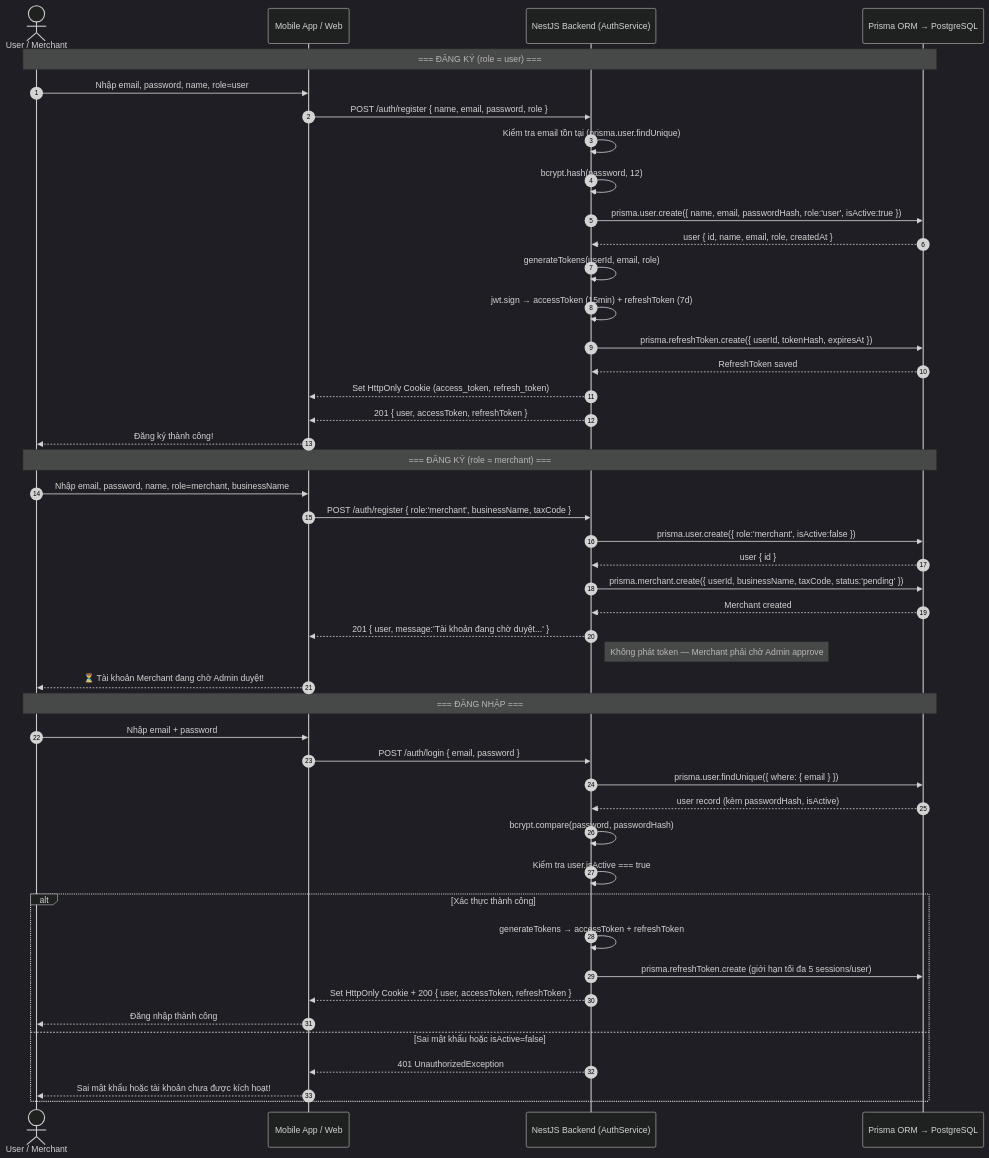
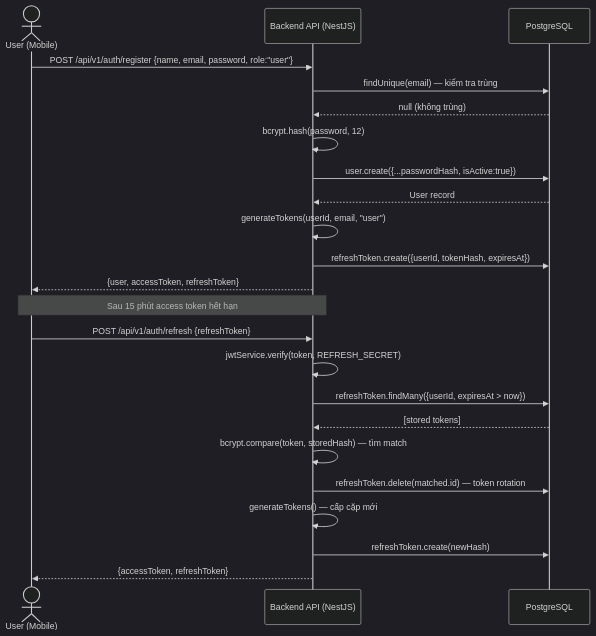
One commit to thankhanh/Seminar_sgu changed the second of 14 diagrams in docs/diagrams.md. Above: the diagram before and after it, drawn with Mermaid (dark theme). The commit also changed other lines of this file and 3 other files, not shown here.

````diff
--- a/docs/diagrams.md
+++ b/docs/diagrams.md
@@ -40,52 +220,28 @@
 ```mermaid
 sequenceDiagram
-    autonumber
-    actor U as User / Merchant
-    participant App as Mobile App / Web
-    participant API as NestJS Backend (AuthService)
-    participant DB as Prisma ORM → PostgreSQL
+    actor U as User (Mobile)
+    participant API as Backend API (NestJS)
+    participant DB as PostgreSQL
 
-    Note over U,DB: === ĐĂNG KÝ (role = user) ===
-    U->>App: Nhập email, password, name, role=user
-    App->>API: POST /auth/register { name, email, password, role }
-    API->>API: Kiểm tra email tồn tại (prisma.user.findUnique)
+    U->>API: POST /api/v1/auth/register {name, email, password, role:"user"}
+    API->>DB: findUnique(email) — kiểm tra trùng
+    DB-->>API: null (không trùng)
     API->>API: bcrypt.hash(password, 12)
-    API->>DB: prisma.user.create({ name, email, passwordHash, role:'user', isActive:true })
-    DB-->>API: user { id, name, email, role, createdAt }
-    API->>API: generateTokens(userId, email, role)
-    API->>API: jwt.sign → accessToken (15min) + refreshToken (7d)
-    API->>DB: prisma.refreshToken.create({ userId, tokenHash, expiresAt })
-    DB-->>API: RefreshToken saved
-    API-->>App: Set HttpOnly Cookie (access_token, refresh_token)
-    API-->>App: 201 { user, accessToken, refreshToken }
-    App-->>U: Đăng ký thành công!
+    API->>DB: user.create({...passwordHash, isActive:true})
+    DB-->>API: User record
+    API->>API: generateTokens(userId, email, "user")
+    API->>DB: refreshToken.create({userId, tokenHash, expiresAt})
+    API-->>U: {user, accessToken, refreshToken}
 
-    Note over U,DB: === ĐĂNG KÝ (role = merchant) ===
-    U->>App: Nhập email, password, name, role=merchant, businessName
-    App->>API: POST /auth/register { role:'merchant', businessName, taxCode }
-    API->>DB: prisma.user.create({ role:'merchant', isActive:false })
-    DB-->>API: user { id }
-    API->>DB: prisma.merchant.create({ userId, businessName, taxCode, status:'pending' })
-    DB-->>API: Merchant created
-    API-->>App: 201 { user, message:'Tài khoản đang chờ duyệt...' }
-    Note right of API: Không phát token — Merchant phải chờ Admin approve
-    App-->>U: ⏳ Tài khoản Merchant đang chờ Admin duyệt!
+    Note over U,API: Sau 15 phút access token hết hạn
 
-    Note over U,DB: === ĐĂNG NHẬP ===
-    U->>App: Nhập email + password
-    App->>API: POST /auth/login { email, password }
-    API->>DB: prisma.user.findUnique({ where: { email } })
-    DB-->>API: user record (kèm passwordHash, isActive)
-    API->>API: bcrypt.compare(password, passwordHash)
-    API->>API: Kiểm tra user.isActive === true
-
-    alt Xác thực thành công
-        API->>API: generateTokens → accessToken + refreshToken
-        API->>DB: prisma.refreshToken.create (giới hạn tối đa 5 sessions/user)
-        API-->>App: Set HttpOnly Cookie + 200 { user, accessToken, refreshToken }
-        App-->>U: Đăng nhập thành công
-    else Sai mật khẩu hoặc isActive=false
-        API-->>App: 401 UnauthorizedException
-        App-->>U: Sai mật khẩu hoặc tài khoản chưa được kích hoạt!
-    end
+    U->>API: POST /api/v1/auth/refresh {refreshToken}
+    API->>API: jwtService.verify(token, REFRESH_SECRET)
+    API->>DB: refreshToken.findMany({userId, expiresAt > now})
+    DB-->>API: [stored tokens]
+    API->>API: bcrypt.compare(token, storedHash) — tìm match
+    API->>DB: refreshToken.delete(matched.id) — token rotation
+    API->>API: generateTokens() — cấp cặp mới
+    API->>DB: refreshToken.create(newHash)
+    API-->>U: {accessToken, refreshToken}
 ```
````
